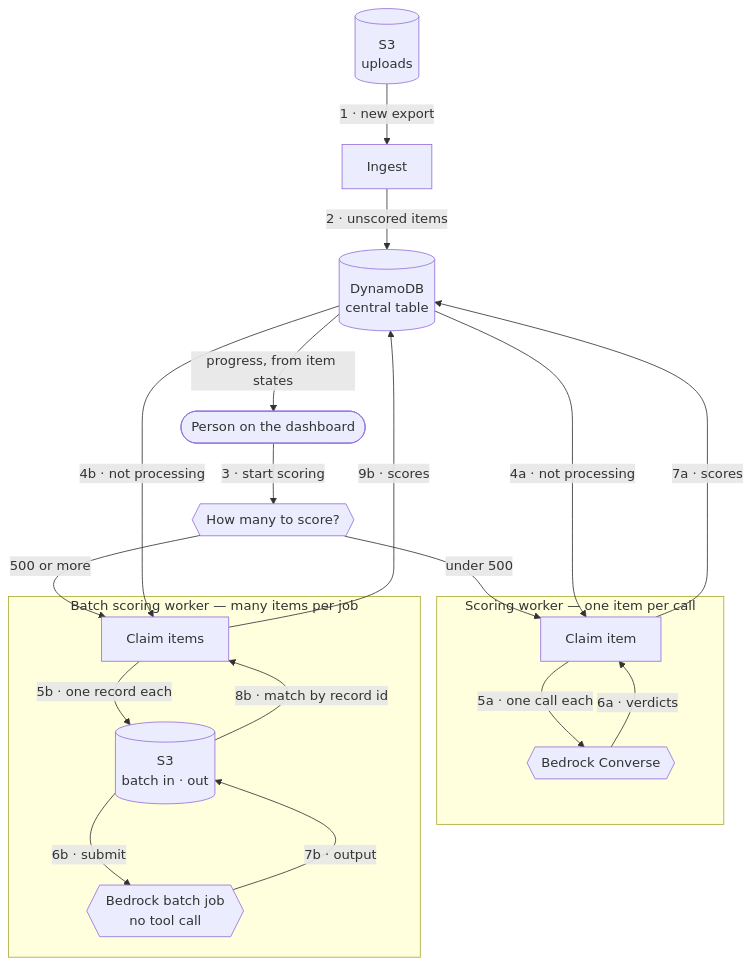
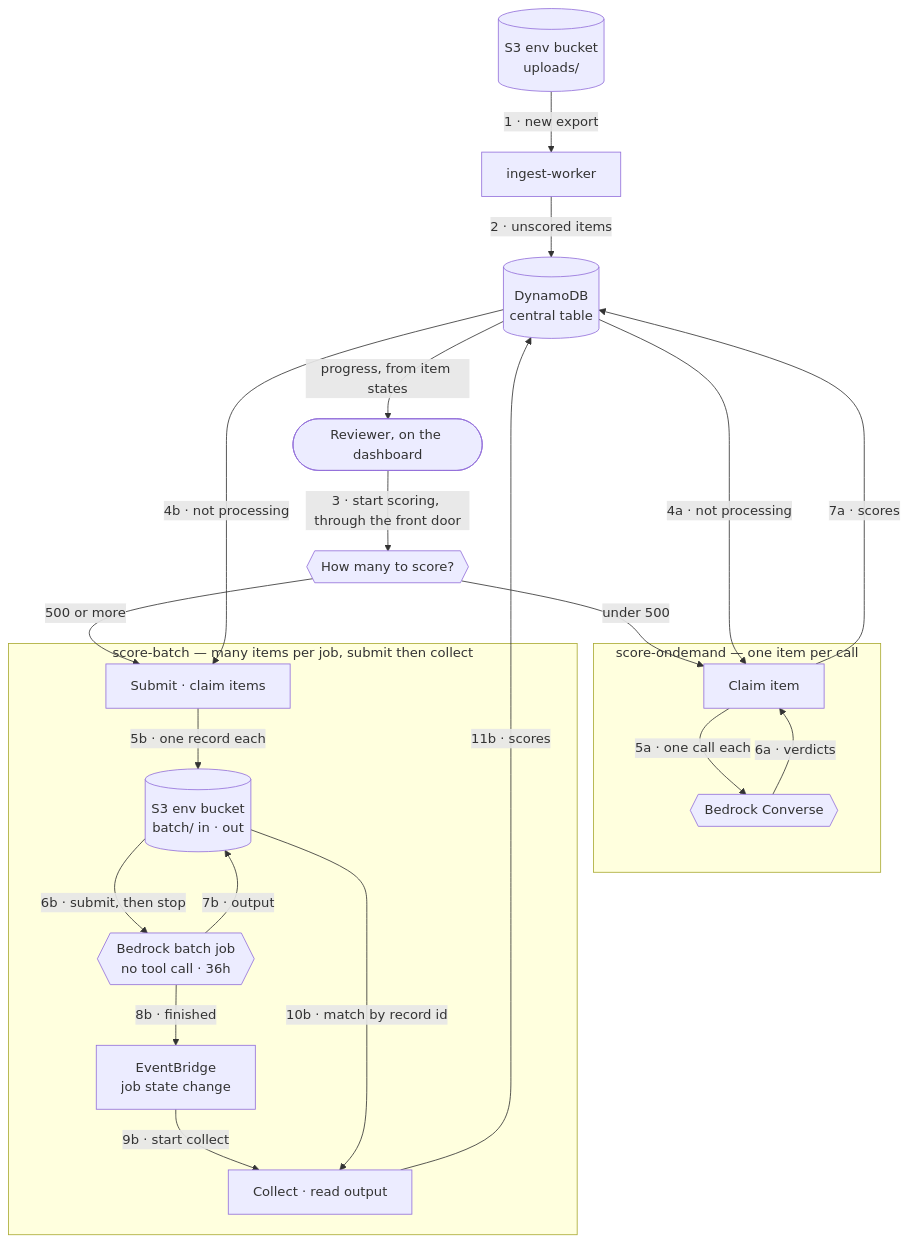
One commit to cal-poly-dxhub/sjsu-scholarship-review changed the second of 2 diagrams in openspec/changes/aws-overhaul/specs/aws-platform/spec.md. Above: the diagram before and after it, drawn with Mermaid. The commit also changed other lines of this file and 3 other files, not shown here.

````diff
--- a/openspec/changes/aws-overhaul/specs/aws-platform/spec.md
+++ b/openspec/changes/aws-overhaul/specs/aws-platform/spec.md
@@ -63,40 +79,44 @@
 ```mermaid
 flowchart TB
-    uploads[(S3<br/>uploads)]
-    ingest[Ingest]
+    uploads[(S3 env bucket<br/>uploads/)]
+    ingest[ingest-worker]
     table[(DynamoDB<br/>central table)]
-    person([Person on the dashboard])
+    person([Reviewer, on the dashboard])
     pick{{How many to score?}}
 
-    subgraph live["Scoring worker — one item per call"]
+    subgraph live["score-ondemand — one item per call"]
         claim1[Claim item]
         conv{{Bedrock Converse}}
     end
 
-    subgraph batch["Batch scoring worker — many items per job"]
-        claim2[Claim items]
-        files[(S3<br/>batch in · out)]
-        job{{Bedrock batch job<br/>no tool call}}
+    subgraph batch["score-batch — many items per job, submit then collect"]
+        claim2[Submit · claim items]
+        files[(S3 env bucket<br/>batch/ in · out)]
+        job{{Bedrock batch job<br/>no tool call · 36h}}
+        evt[EventBridge<br/>job state change]
+        collect[Collect · read output]
     end
 
     uploads -->|1 · new export| ingest
     ingest -->|2 · unscored items| table
 
-    person -->|3 · start scoring| pick
+    person -->|3 · start scoring, through the front door| pick
     pick -->|"under 500"| claim1
     pick -->|"500 or more"| claim2
 
     table -->|4a · not processing| claim1
     claim1 -->|5a · one call each| conv
     conv -->|6a · verdicts| claim1
     claim1 -->|7a · scores| table
 
     table -->|4b · not processing| claim2
     claim2 -->|5b · one record each| files
-    files -->|6b · submit| job
+    files -->|6b · submit, then stop| job
     job -->|7b · output| files
-    files -->|8b · match by record id| claim2
-    claim2 -->|9b · scores| table
+    job -->|8b · finished| evt
+    evt -->|9b · start collect| collect
+    files -->|10b · match by record id| collect
+    collect -->|11b · scores| table
 
     table -->|progress, from item states| person
 ```
````
